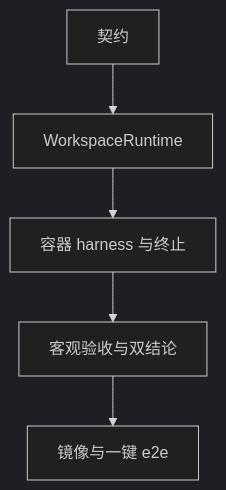
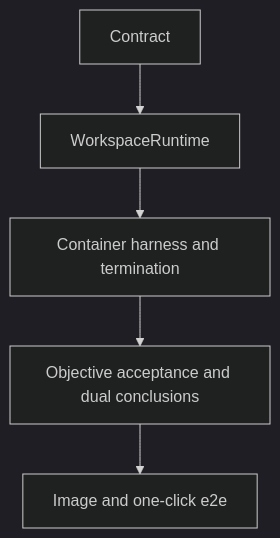
Before and after one commit to Curry09/AHE-Beta: the diagram in docs/specs/0051-session-container-objective-evidence.md, drawn with Mermaid (dark theme). The commit also changed other lines of this file and 531 other files, not shown here.

````diff
--- a/docs/specs/0051-session-container-objective-evidence.md
+++ b/docs/specs/0051-session-container-objective-evidence.md
@@ -182,7 +182,7 @@
 ```mermaid
 flowchart TD
-  T1[契约] --> T2[WorkspaceRuntime]
-  T2 --> T3[容器 harness 与终止]
-  T3 --> T4[客观验收与双结论]
-  T4 --> T5[镜像与一键 e2e]
+  T1[Contract] --> T2[WorkspaceRuntime]
+  T2 --> T3[Container harness and termination]
+  T3 --> T4[Objective acceptance and dual conclusions]
+  T4 --> T5[Image and one-click e2e]
 ```
````
